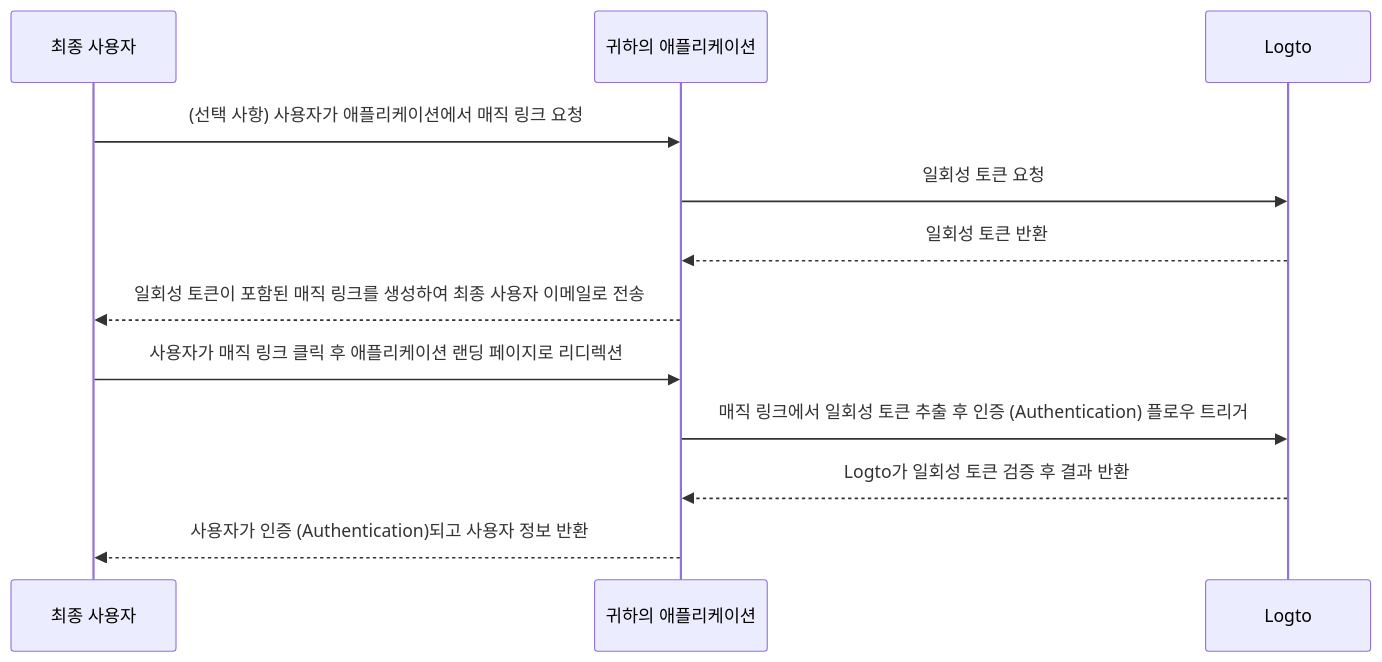
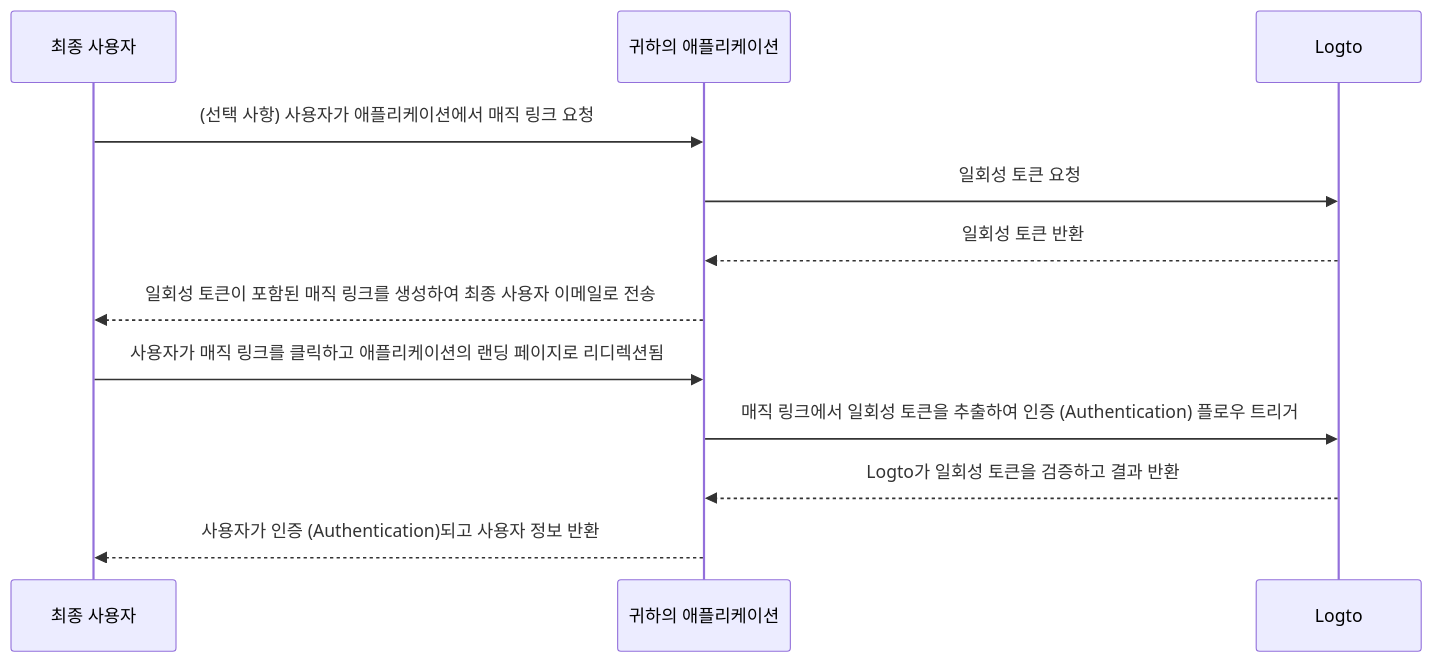
Before and after one commit to logto-io/docs: the diagram in i18n/ko/docusaurus-plugin-content-docs/current/end-user-flows/one-time-token.mdx, drawn with Mermaid. The commit also changed other lines of this file and 666 other files, not shown here.

````diff
--- a/i18n/ko/docusaurus-plugin-content-docs/current/end-user-flows/one-time-token.mdx
+++ b/i18n/ko/docusaurus-plugin-content-docs/current/end-user-flows/one-time-token.mdx
@@ -38,15 +38,15 @@
 ```mermaid
 sequenceDiagram
   participant U as 최종 사용자
   participant C as 귀하의 애플리케이션
   participant L as Logto
 
   U ->> C: (선택 사항) 사용자가 애플리케이션에서 매직 링크 요청
   C ->> L: 일회성 토큰 요청
   L -->> C: 일회성 토큰 반환
   C -->> U: 일회성 토큰이 포함된 매직 링크를 생성하여 최종 사용자 이메일로 전송
-  U ->> C: 사용자가 매직 링크 클릭 후 애플리케이션 랜딩 페이지로 리디렉션
-  C ->> L: 매직 링크에서 일회성 토큰 추출 후 인증 (Authentication) 플로우 트리거
-  L -->> C: Logto가 일회성 토큰 검증 후 결과 반환
+  U ->> C: 사용자가 매직 링크를 클릭하고 애플리케이션의 랜딩 페이지로 리디렉션됨
+  C ->> L: 매직 링크에서 일회성 토큰을 추출하여 인증 (Authentication) 플로우 트리거
+  L -->> C: Logto가 일회성 토큰을 검증하고 결과 반환
   C -->> U: 사용자가 인증 (Authentication)되고 사용자 정보 반환
 ```
````
